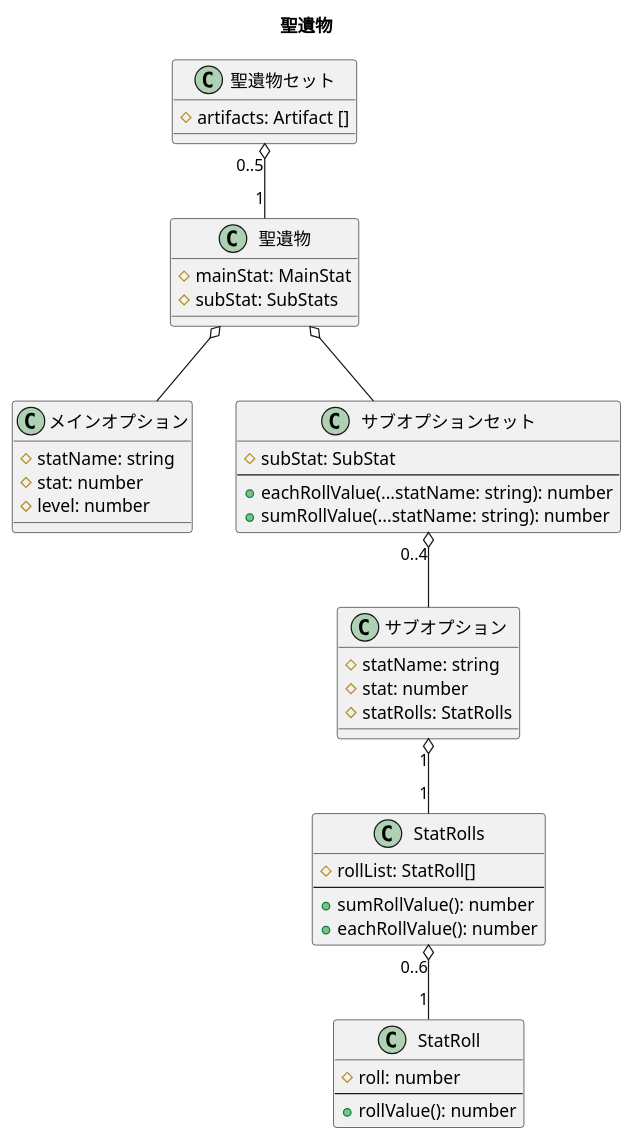
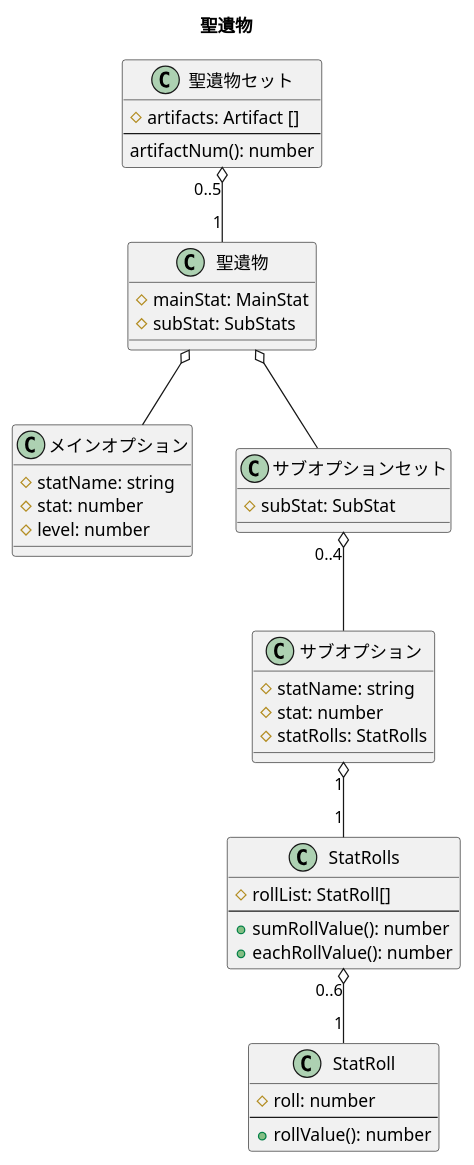
The diagram in src/ts/Enka.Network_icon2text/plainuml/artifact.pu (takenoko9973/enkaNetworkConvert), drawn with PlantUML before and after one commit. The commit also changed 5 other files, not shown here.

```diff
--- a/src/ts/Enka.Network_icon2text/plainuml/artifact.pu
+++ b/src/ts/Enka.Network_icon2text/plainuml/artifact.pu
@@ -1,46 +1,45 @@
 @startuml {artifact.png}
 title 聖遺物
 
 class "聖遺物セット" as ArtifactSet {
     # artifacts: Artifact []
+    --
+    artifactNum(): number
 }
 class "聖遺物" as Artifact {
     # mainStat: MainStat
     # subStat: SubStats
 }
 class "メインオプション" as MainStat {
     # statName: string
     # stat: number
     # level: number
 }
 class "サブオプションセット" as SubStats {
     # subStat: SubStat
-    --
-    + eachRollValue(...statName: string): number
-    + sumRollValue(...statName: string): number
 }
 class "サブオプション" as SubStat {
     # statName: string
     # stat: number
     # statRolls: StatRolls
 }
 class StatRolls {
     # rollList: StatRoll[]
     --
     + sumRollValue(): number
     + eachRollValue(): number
 }
 class StatRoll {
     # roll: number
     --
     + rollValue(): number
 }
 
 ArtifactSet "0..5" o-- "1" Artifact
 Artifact o-- MainStat
 Artifact o-- SubStats
 SubStats "0..4" o-- SubStat
 SubStat "1" o-- "1" StatRolls
 StatRolls "0..6" o-- "1" StatRoll
 
 @enduml
```
